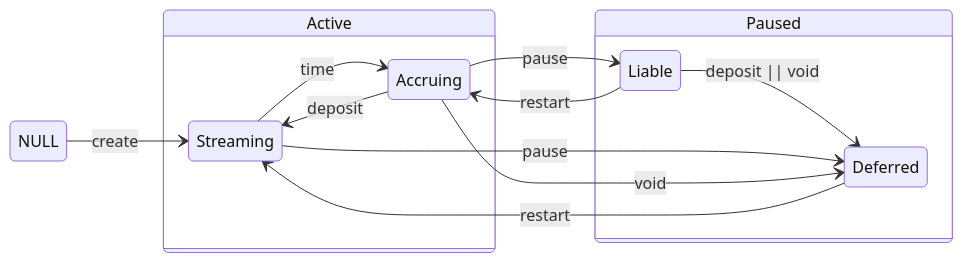
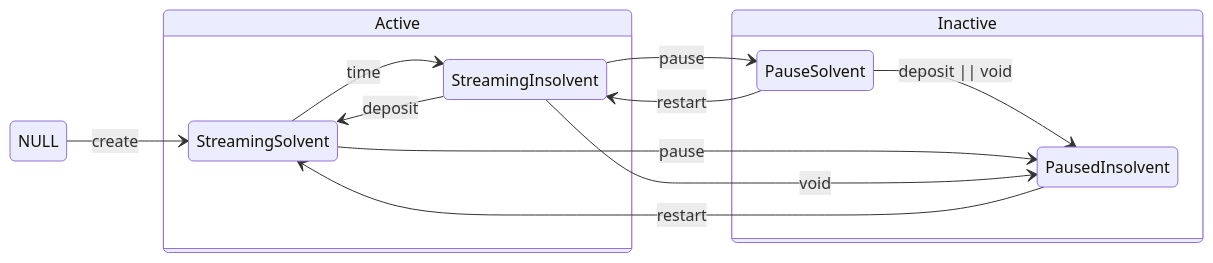
The first of 8 diagrams in diagrams.md (sablier-labs/flow), drawn with Mermaid before and after one commit. The commit also changed other lines of this file and 3 other files, not shown here.

````diff
--- a/diagrams.md
+++ b/diagrams.md
@@ -22,40 +22,40 @@
 ```mermaid
 stateDiagram-v2
     direction LR
 
     state Active {
-        Streaming
-        Accruing --> Streaming : deposit
-        Streaming --> Accruing : time
+        StreamingSolvent
+        StreamingInsolvent --> StreamingSolvent : deposit
+        StreamingSolvent --> StreamingInsolvent : time
     }
 
-    state Paused {
+    state Inactive {
         # direction BT
-        Deferred
-        Liable
-        Liable --> Deferred : deposit || void
+        PausedInsolvent
+        PauseSolvent
+        PauseSolvent --> PausedInsolvent : deposit || void
     }
 
-    Streaming --> Deferred : pause
-    Deferred --> Streaming : restart
-    Accruing --> Liable : pause
-    Accruing --> Deferred : void
-    Liable --> Accruing : restart
+    StreamingSolvent --> PausedInsolvent : pause
+    PausedInsolvent --> StreamingSolvent : restart
+    StreamingInsolvent --> PauseSolvent : pause
+    StreamingInsolvent --> PausedInsolvent : void
+    PauseSolvent --> StreamingInsolvent : restart
 
-    NULL --> Streaming : create
+    NULL --> StreamingSolvent : create
 
     NULL:::grey
-    Paused:::lightYellow
     Active:::lightGreen
-    Streaming:::intenseGreen
-    Accruing:::intenseGreen
-    Deferred:::intenseYellow
-    Liable:::intenseYellow
+    Inactive:::lightYellow
+    StreamingSolvent:::intenseGreen
+    StreamingInsolvent:::intenseGreen
+    PausedInsolvent:::intenseYellow
+    PauseSolvent:::intenseYellow
 
     classDef grey fill:#b0b0b0,stroke:#333,stroke-width:2px,color:#000,font-weight:bold;
     classDef lightGreen fill:#98FB98,color:#000,font-weight:bold;
     classDef intenseGreen fill:#32cd32,stroke:#333,stroke-width:2px,color:#000,font-weight:bold;
     classDef lightYellow fill:#ffff99,color:#000,font-weight:bold;
     classDef intenseYellow fill:#ffd700,color:#000,font-weight:bold;
 
 ```
````
